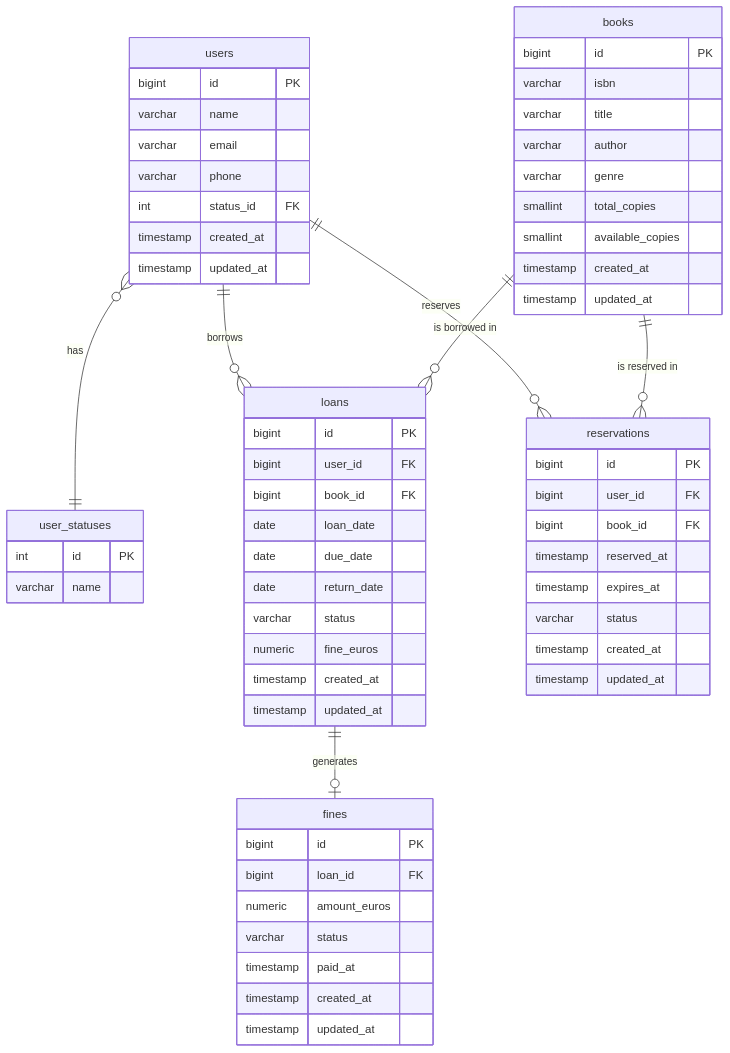
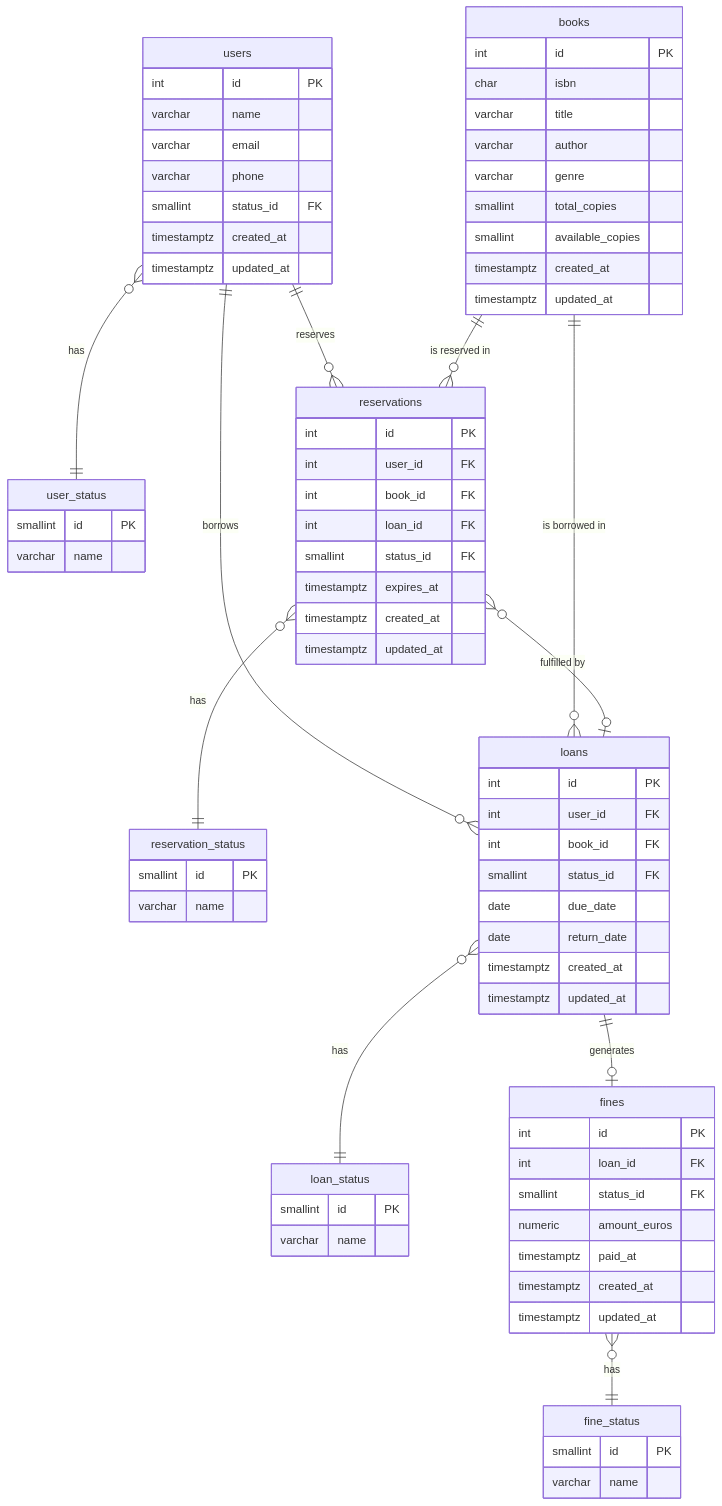
One commit to breimato/library changed the diagram in README.md. Above: the diagram before and after it, drawn with Mermaid. The commit also changed other lines of this file, not shown here.

Commit message:
BBDD & OpenApi refactor

````diff
--- a/README.md
+++ b/README.md
@@ -76,70 +76,87 @@
 ```mermaid
 erDiagram
+    user_status {
+        smallint id PK
+        varchar name
+    }
+
+    loan_status {
+        smallint id PK
+        varchar name
+    }
+
+    reservation_status {
+        smallint id PK
+        varchar name
+    }
+
+    fine_status {
+        smallint id PK
+        varchar name
+    }
+
     users {
-        bigint id PK
+        int id PK
         varchar name
         varchar email
         varchar phone
-        int status_id FK
-        timestamp created_at
-        timestamp updated_at
-    }
-
-    user_statuses {
-        int id PK
-        varchar name
+        smallint status_id FK
+        timestamptz created_at
+        timestamptz updated_at
     }
 
     books {
-        bigint id PK
-        varchar isbn
+        int id PK
+        char isbn
         varchar title
         varchar author
         varchar genre
         smallint total_copies
         smallint available_copies
-        timestamp created_at
-        timestamp updated_at
+        timestamptz created_at
+        timestamptz updated_at
     }
 
     loans {
-        bigint id PK
-        bigint user_id FK
-        bigint book_id FK
-        date loan_date
+        int id PK
+        int user_id FK
+        int book_id FK
+        smallint status_id FK
         date due_date
         date return_date
-        varchar status
-        numeric fine_euros
-        timestamp created_at
-        timestamp updated_at
+        timestamptz created_at
+        timestamptz updated_at
     }
 
     reservations {
-        bigint id PK
-        bigint user_id FK
-        bigint book_id FK
-        timestamp reserved_at
-        timestamp expires_at
-        varchar status
-        timestamp created_at
-        timestamp updated_at
+        int id PK
+        int user_id FK
+        int book_id FK
+        int loan_id FK
+        smallint status_id FK
+        timestamptz expires_at
+        timestamptz created_at
+        timestamptz updated_at
     }
 
     fines {
-        bigint id PK
-        bigint loan_id FK
+        int id PK
+        int loan_id FK
+        smallint status_id FK
         numeric amount_euros
-        varchar status
-        timestamp paid_at
-        timestamp created_at
-        timestamp updated_at
+        timestamptz paid_at
+        timestamptz created_at
+        timestamptz updated_at
     }
 
+    users }o--|| user_status : "has"
+    loans }o--|| loan_status : "has"
+    reservations }o--|| reservation_status : "has"
+    fines }o--|| fine_status : "has"
     users ||--o{ loans : "borrows"
     books ||--o{ loans : "is borrowed in"
     users ||--o{ reservations : "reserves"
     books ||--o{ reservations : "is reserved in"
+    reservations }o--o| loans : "fulfilled by"
     loans ||--o| fines : "generates"
-    users }o--|| user_statuses : "has"
 ```
````
